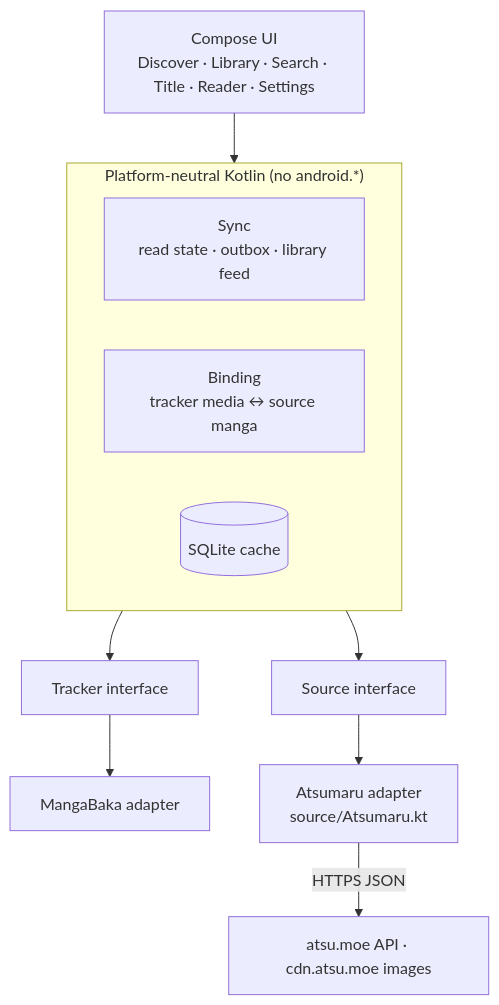
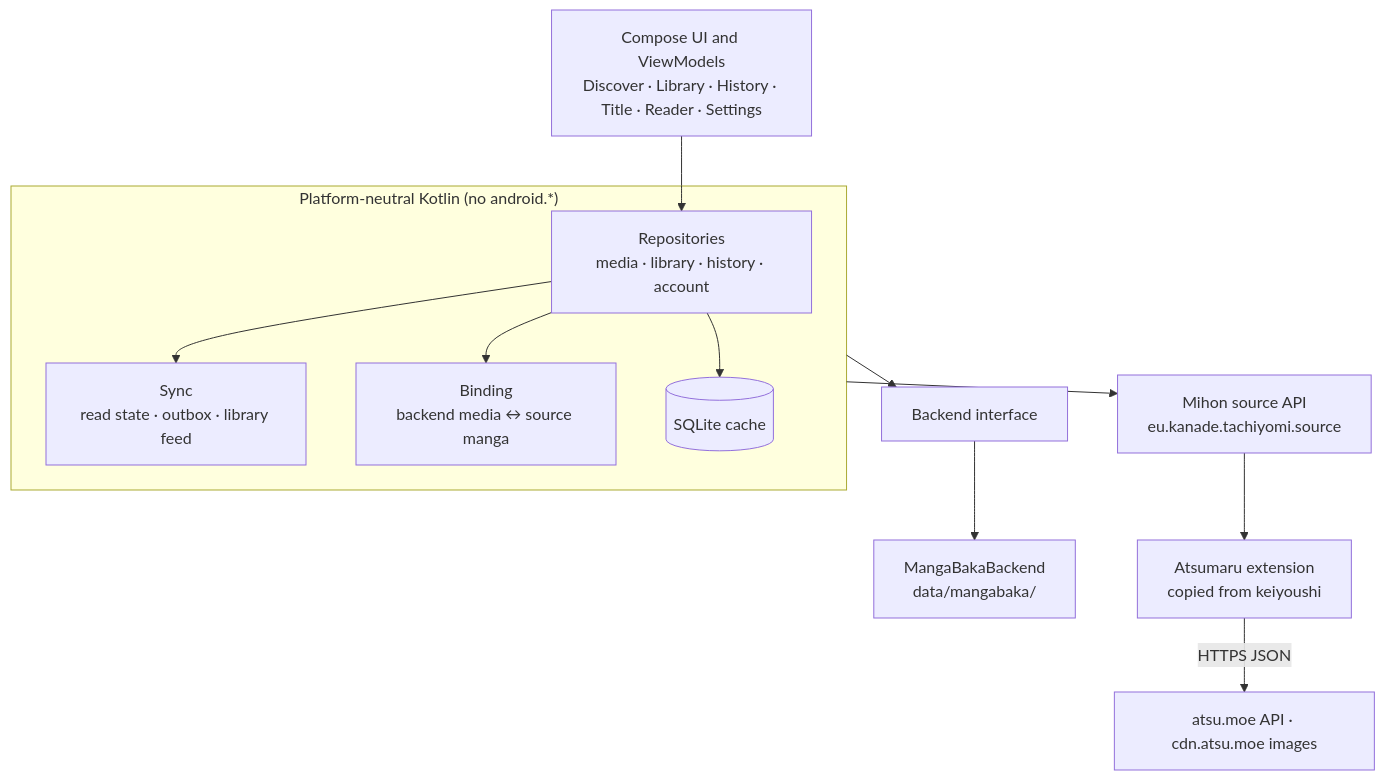
One commit to antoine-bouteiller/koma changed the diagram in doc/architecture/specs/app.spec.md. Above: the diagram before and after it, drawn with Mermaid. The commit also changed other lines of this file, not shown here.

Commit message:
docs(spec): put MangaBaka behind a Backend interface and repositories

````diff
--- a/doc/architecture/specs/app.spec.md
+++ b/doc/architecture/specs/app.spec.md
@@ -78,15 +96,19 @@
 ```mermaid
 flowchart TB
-  V["Compose UI<br/>Discover · Library · Search · Title · Reader · Settings"]
+  V["Compose UI and ViewModels<br/>Discover · Library · History · Title · Reader · Settings"]
   subgraph core["Platform-neutral Kotlin (no android.*)"]
+    R["Repositories<br/>media · library · history · account"]
     S["Sync<br/>read state · outbox · library feed"]
-    B["Binding<br/>tracker media ↔ source manga"]
+    B["Binding<br/>backend media ↔ source manga"]
     DB[("SQLite cache")]
   end
-  T["Tracker interface"] --> MB["MangaBaka adapter"]
-  P["Source interface"] --> AT["Atsumaru adapter<br/>source/Atsumaru.kt"]
+  T["Backend interface"] --> MB["MangaBakaBackend<br/>data/mangabaka/"]
+  P["Mihon source API<br/>eu.kanade.tachiyomi.source"] --> AT["Atsumaru extension<br/>copied from keiyoushi"]
   AT -->|"HTTPS JSON"| API["atsu.moe API · cdn.atsu.moe images"]
-  V --> core
+  V --> R
+  R --> S
+  R --> B
+  R --> DB
   core --> T
   core --> P
 ```
````
